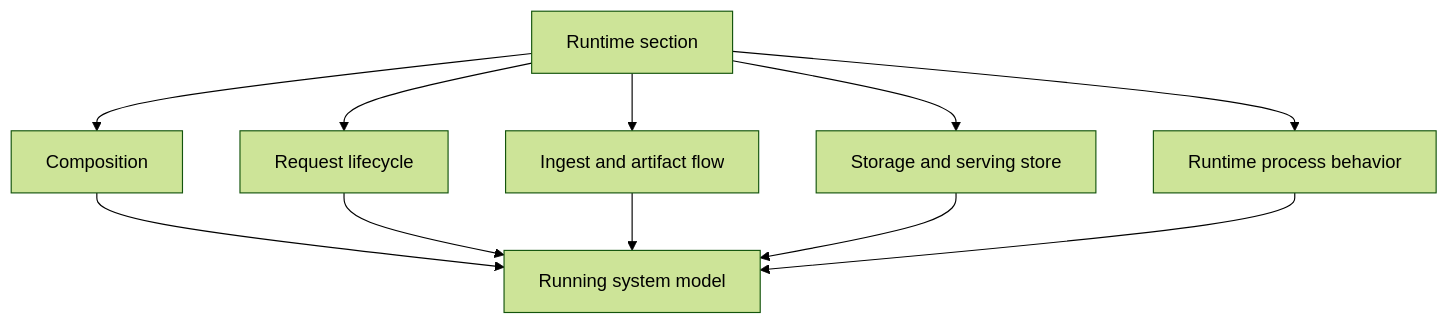
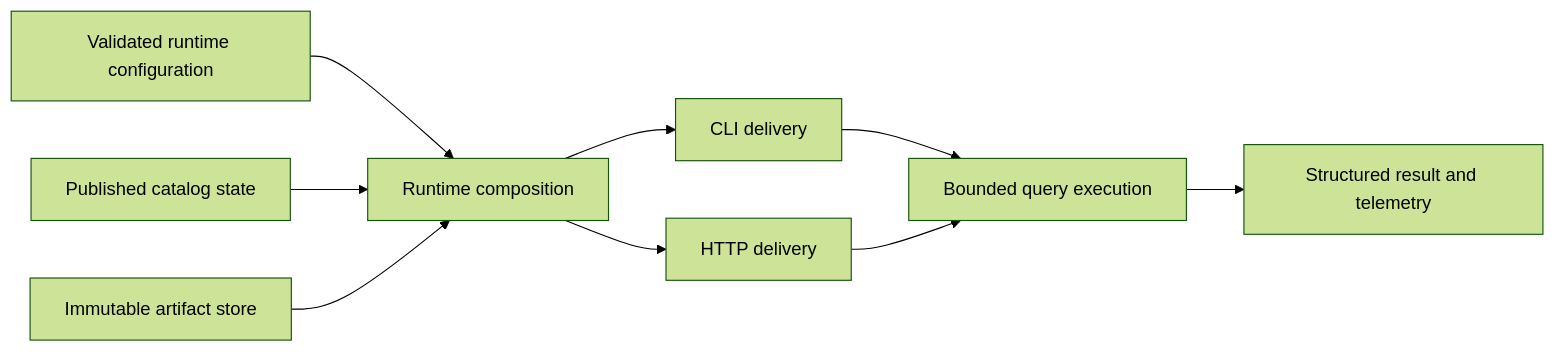
Before and after one commit to bijux/bijux-atlas: the diagram in docs/bijux-atlas/runtime/index.md, drawn with Mermaid (forest theme). The commit also changed other lines of this file and 2 other files, not shown here.

Commit message:
docs(runtime): trace authority and request failure boundaries

````diff
--- a/docs/bijux-atlas/runtime/index.md
+++ b/docs/bijux-atlas/runtime/index.md
@@ -15,13 +17,11 @@
 ```mermaid
-flowchart TD
-    Runtime[Runtime section] --> Composition[Composition]
-    Runtime --> Requests[Request lifecycle]
-    Runtime --> Ingest[Ingest and artifact flow]
-    Runtime --> Storage[Storage and serving store]
-    Runtime --> Process[Runtime process behavior]
-    Composition --> Model[Running system model]
-    Requests --> Model
-    Ingest --> Model
-    Storage --> Model
-    Process --> Model
+flowchart LR
+    Config[Validated runtime configuration] --> Compose[Runtime composition]
+    Catalog[Published catalog state] --> Compose
+    Store[Immutable artifact store] --> Compose
+    Compose --> CLI[CLI delivery]
+    Compose --> HTTP[HTTP delivery]
+    CLI --> Query[Bounded query execution]
+    HTTP --> Query
+    Query --> Evidence[Structured result and telemetry]
 ```
````
